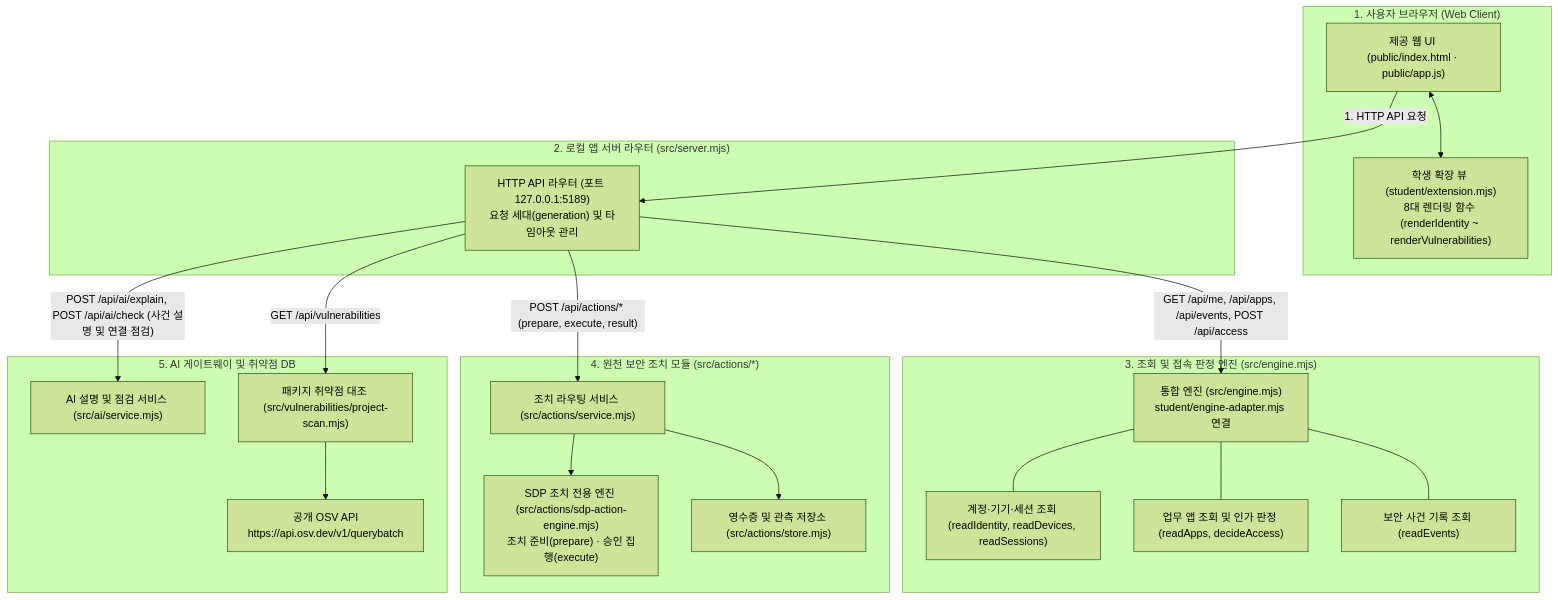
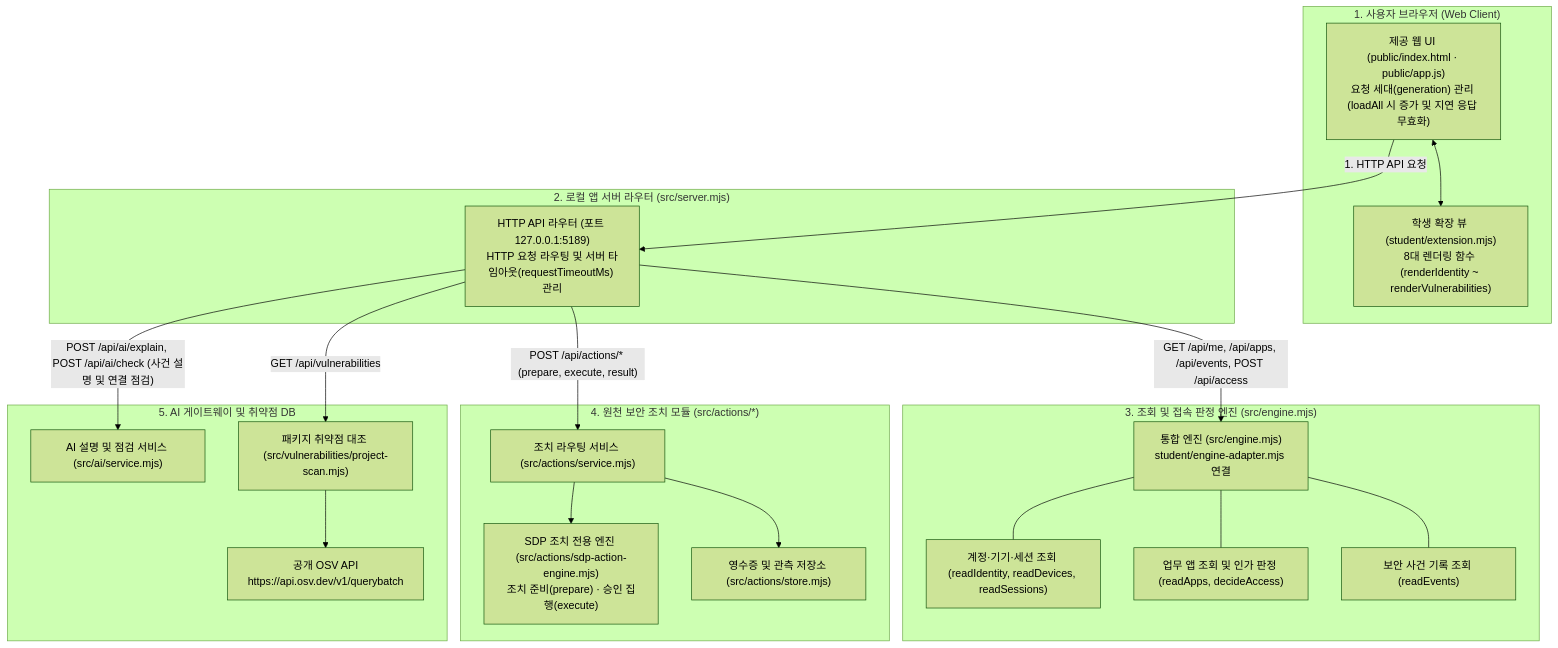
One commit to JYCHOI02/ALEPH-sec-pro changed the diagram in on-client/docs/STUDENT_RUNBOOK.md. Above: the diagram before and after it, drawn with Mermaid (forest theme). The commit also changed other lines of this file and 2 other files, not shown here.

Commit message:
21단계: Mermaid 구성도 요청 세대(브라우저) 및 타임아웃(서버) 위치 분리

````diff
--- a/on-client/docs/STUDENT_RUNBOOK.md
+++ b/on-client/docs/STUDENT_RUNBOOK.md
@@ -136,43 +136,43 @@
 ```mermaid
 graph TD
     subgraph Browser ["1. 사용자 브라우저 (Web Client)"]
-        UI["제공 웹 UI (public/index.html · public/app.js)"]
+        UI["제공 웹 UI (public/index.html · public/app.js)<br/>요청 세대(generation) 관리 (loadAll 시 증가 및 지연 응답 무효화)"]
         StudentView["학생 확장 뷰 (student/extension.mjs)<br/>8대 렌더링 함수 (renderIdentity ~ renderVulnerabilities)"]
         UI <--> StudentView
     end
 
     subgraph ServerRouter ["2. 로컬 앱 서버 라우터 (src/server.mjs)"]
-        HTTP["HTTP API 라우터 (포트 127.0.0.1:5189)<br/>요청 세대(generation) 및 타임아웃 관리"]
+        HTTP["HTTP API 라우터 (포트 127.0.0.1:5189)<br/>HTTP 요청 라우팅 및 서버 타임아웃(requestTimeoutMs) 관리"]
     end
 
     subgraph CoreEngine ["3. 조회 및 접속 판정 엔진 (src/engine.mjs)"]
         EngineModule["통합 엔진 (src/engine.mjs)<br/>student/engine-adapter.mjs 연결"]
         IdentityHandler["계정·기기·세션 조회 (readIdentity, readDevices, readSessions)"]
         AccessHandler["업무 앱 조회 및 인가 판정 (readApps, decideAccess)"]
         EventsHandler["보안 사건 기록 조회 (readEvents)"]
         EngineModule --- IdentityHandler
         EngineModule --- AccessHandler
         EngineModule --- EventsHandler
     end
 
     subgraph ActionModule ["4. 원천 보안 조치 모듈 (src/actions/*)"]
         ActionService["조치 라우팅 서비스 (src/actions/service.mjs)"]
         ActionEngine["SDP 조치 전용 엔진 (src/actions/sdp-action-engine.mjs)<br/>조치 준비(prepare) · 승인 집행(execute)"]
         ActionStore["영수증 및 관측 저장소 (src/actions/store.mjs)"]
         ActionService --> ActionEngine
         ActionService --> ActionStore
     end
 
     subgraph ExternalServices ["5. AI 게이트웨이 및 취약점 DB"]
         AIService["AI 설명 및 점검 서비스 (src/ai/service.mjs)"]
         OSVScanner["패키지 취약점 대조 (src/vulnerabilities/project-scan.mjs)"]
         OSVAPI["공개 OSV API<br/>https://api.osv.dev/v1/querybatch"]
         OSVScanner --> OSVAPI
     end
 
     UI -- "1. HTTP API 요청" --> HTTP
     HTTP -- "GET /api/me, /api/apps, /api/events, POST /api/access" --> EngineModule
     HTTP -- "POST /api/actions/* (prepare, execute, result)" --> ActionService
     HTTP -- "POST /api/ai/explain, POST /api/ai/check (사건 설명 및 연결 점검)" --> AIService
     HTTP -- "GET /api/vulnerabilities" --> OSVScanner
 ```
````
